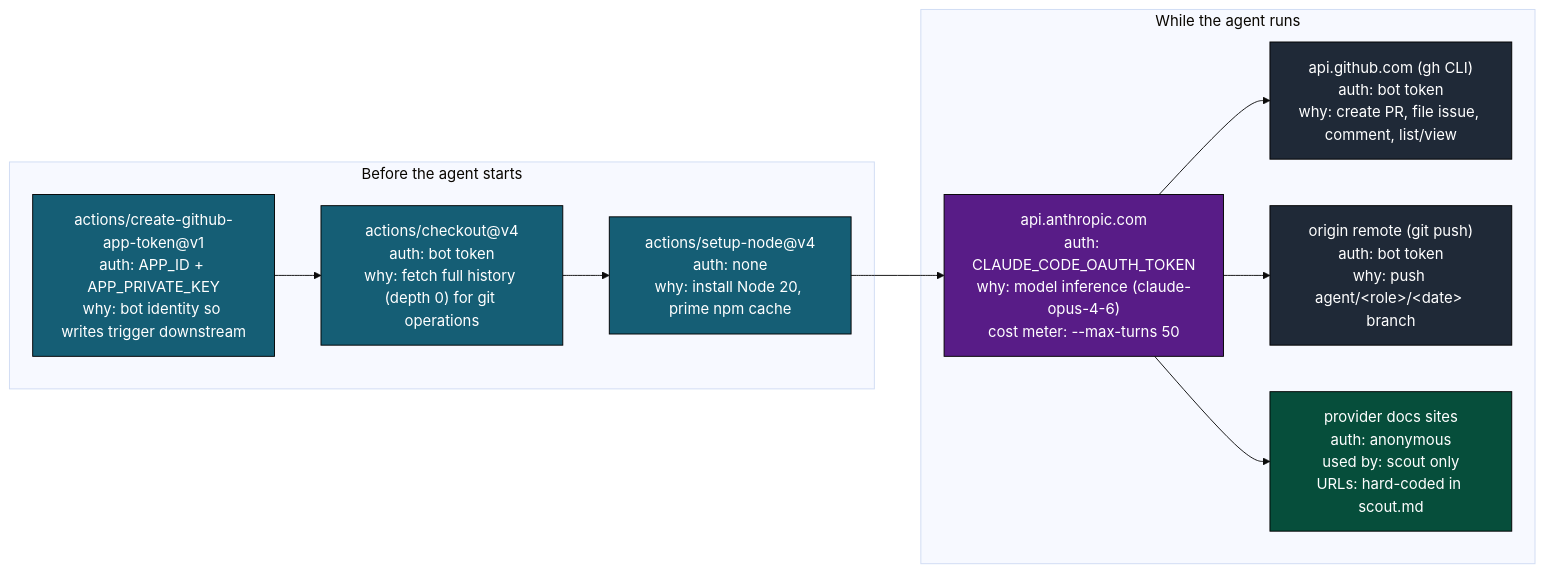
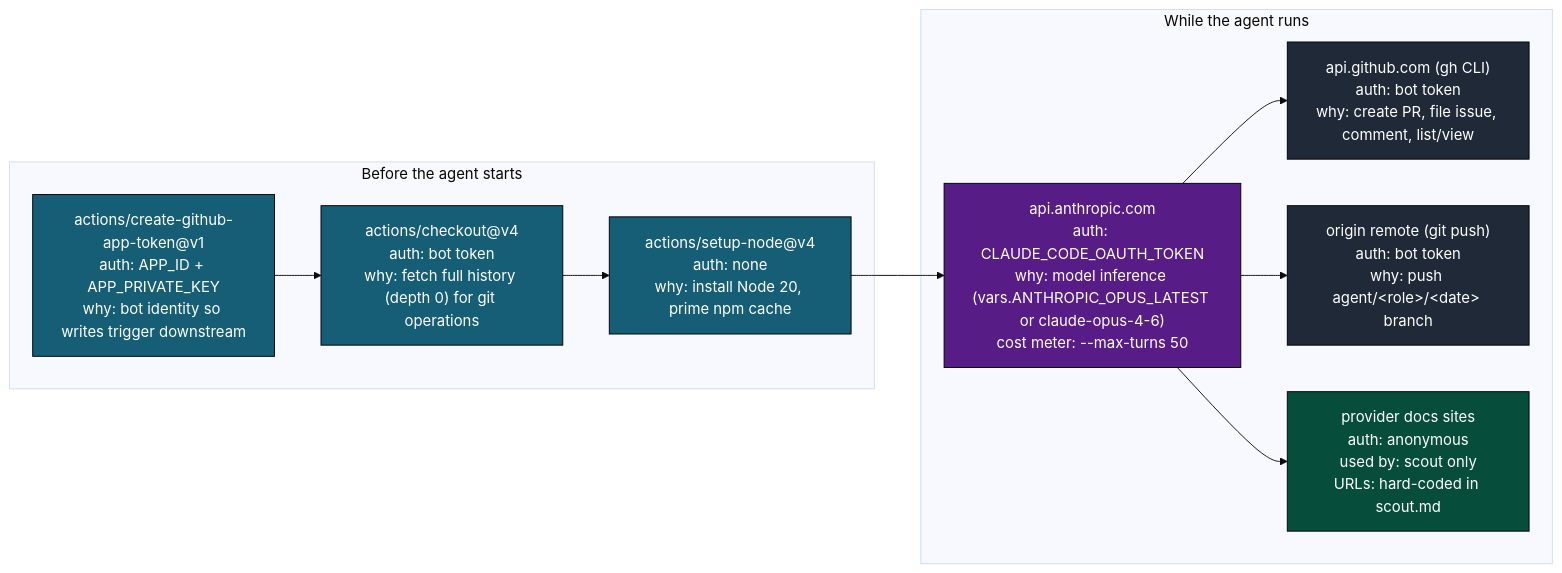
One commit to gregreindel/llm-exe changed the eighth of 13 diagrams in .github/docs/AGENT_RUN_DEEP_DIVE.md. Above: the diagram before and after it, drawn with Mermaid (base theme). The commit also changed other lines of this file and 7 other files, not shown here.

````diff
--- a/.github/docs/AGENT_RUN_DEEP_DIVE.md
+++ b/.github/docs/AGENT_RUN_DEEP_DIVE.md
@@ -383,27 +383,27 @@
 ```mermaid
 flowchart LR
     classDef pre fill:#155e75,color:#fff,stroke:#000
     classDef llm fill:#581c87,color:#fff,stroke:#000
     classDef gh fill:#1f2937,color:#fff,stroke:#000
     classDef web fill:#064e3b,color:#fff,stroke:#000
 
     subgraph Pre["Before the agent starts"]
         c1["actions/create-github-app-token@v1\nauth: APP_ID + APP_PRIVATE_KEY\nwhy: bot identity so writes trigger downstream"]:::pre
         c2["actions/checkout@v4\nauth: bot token\nwhy: fetch full history (depth 0) for git operations"]:::pre
         c3["actions/setup-node@v4\nauth: none\nwhy: install Node 20, prime npm cache"]:::pre
     end
 
     subgraph During["While the agent runs"]
-        d1["api.anthropic.com\nauth: CLAUDE_CODE_OAUTH_TOKEN\nwhy: model inference (claude-opus-4-6)\ncost meter: --max-turns 50"]:::llm
+        d1["api.anthropic.com\nauth: CLAUDE_CODE_OAUTH_TOKEN\nwhy: model inference (vars.ANTHROPIC_OPUS_LATEST or claude-opus-4-6)\ncost meter: --max-turns 50"]:::llm
         d2["api.github.com (gh CLI)\nauth: bot token\nwhy: create PR, file issue, comment, list/view"]:::gh
         d3["origin remote (git push)\nauth: bot token\nwhy: push agent/&lt;role&gt;/&lt;date&gt; branch"]:::gh
         d4["provider docs sites\nauth: anonymous\nused by: scout only\nURLs: hard-coded in scout.md"]:::web
     end
 
     c1 --> c2
     c2 --> c3
     c3 --> d1
     d1 --> d2
     d1 --> d3
     d1 --> d4
 ```
````
